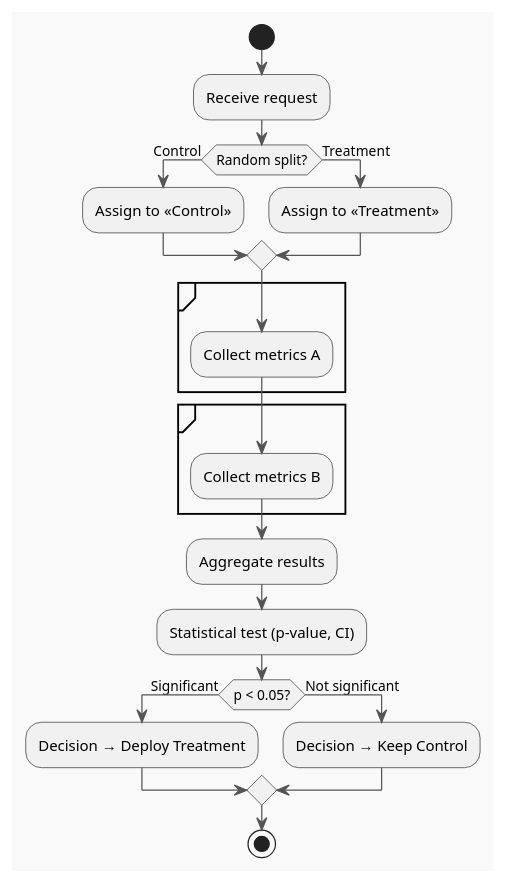
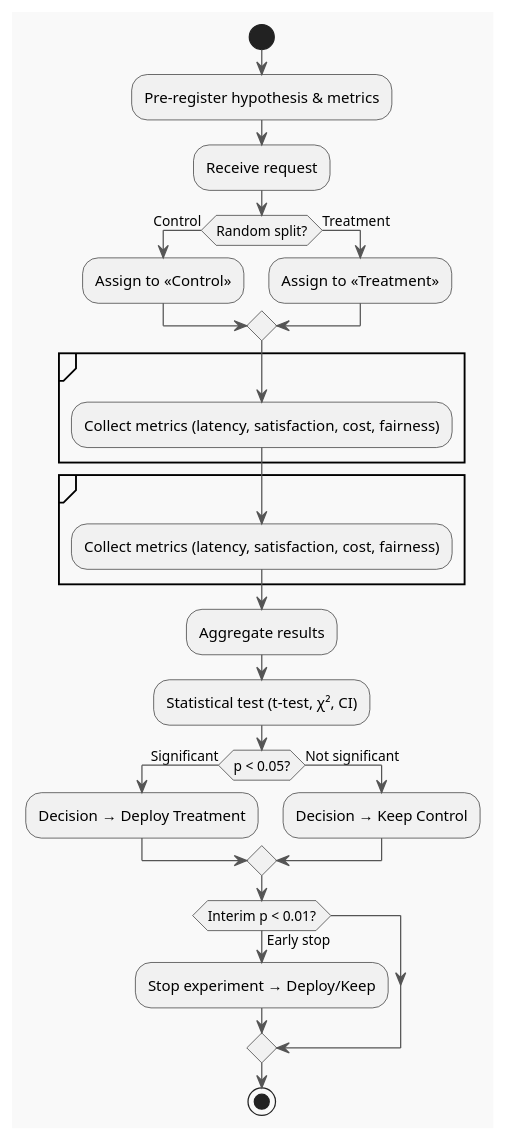
The diagram in aipa/llm-elevated/ch11-lecture-04.adoc (InquiryInstitute/AIPA), drawn with PlantUML before and after one commit. The commit also changed other lines of this file and 128 other files, not shown here.

```diff
--- a/aipa/llm-elevated/ch11-lecture-04.adoc
+++ b/aipa/llm-elevated/ch11-lecture-04.adoc
@@ -133,32 +168,36 @@
 [plantuml,ch11-l04,png,theme=sketchy-outline]
 ....
 @startuml
 skinparam backgroundColor #F9F9F9
 skinparam ArrowColor #555555
 skinparam rectangle {
   BackgroundColor<<Control>> #A8E6CF
   BackgroundColor<<Treatment>> #85C1E9
 }
 start
+:Pre‑register hypothesis & metrics;
 :Receive request;
 if (Random split?) then (Control)
   :Assign to <<Control>>;
 else (Treatment)
   :Assign to <<Treatment>>;
 endif
 partition <<Control>> {
-  :Collect metrics A;
+  :Collect metrics (latency, satisfaction, cost, fairness);
 }
 partition <<Treatment>> {
-  :Collect metrics B;
+  :Collect metrics (latency, satisfaction, cost, fairness);
 }
 :Aggregate results;
-:Statistical test (p‑value, CI);
+:Statistical test (t‑test, χ², CI);
 if (p < 0.05?) then (Significant)
   :Decision → Deploy Treatment;
 else (Not significant)
   :Decision → Keep Control;
 endif
+if (Interim p < 0.01?) then (Early stop)
+  :Stop experiment → Deploy/Keep;
+endif
 stop
 @enduml
 ....
```
